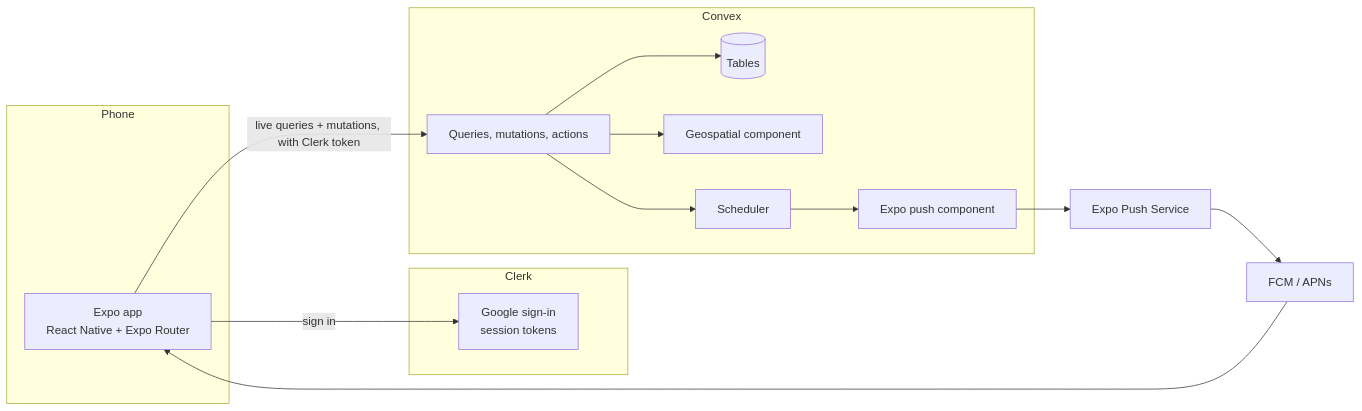
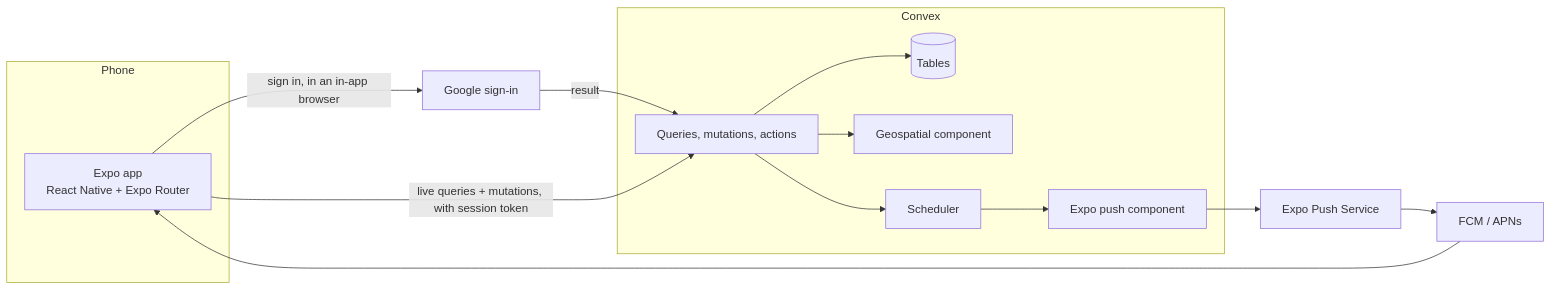
Before and after one commit to anas1412/ba7dhek: the diagram in docs/02-architecture/overview.md, drawn with Mermaid. The commit also changed other lines of this file and 42 other files, not shown here.

Commit message:
Switch sign-in from Clerk to Convex Auth

````diff
--- a/docs/02-architecture/overview.md
+++ b/docs/02-architecture/overview.md
@@ -5,29 +5,28 @@
 ```mermaid
 flowchart LR
   subgraph Phone
     App[Expo app<br/>React Native + Expo Router]
   end
 
-  subgraph Clerk
-    Auth[Google sign-in<br/>session tokens]
-  end
+  Google[Google sign-in]
 
   subgraph Convex
     Fn[Queries, mutations, actions]
     DB[(Tables)]
     Geo[Geospatial component]
     Push[Expo push component]
     Sched[Scheduler]
   end
 
   Expo[Expo Push Service]
   Stores[FCM / APNs]
 
-  App -- sign in --> Auth
-  App -- live queries + mutations, with Clerk token --> Fn
+  App -- sign in, in an in-app browser --> Google
+  Google -- result --> Fn
+  App -- live queries + mutations, with session token --> Fn
   Fn --> DB
   Fn --> Geo
   Fn --> Sched
   Sched --> Push
   Push --> Expo --> Stores --> App
 ```
````
